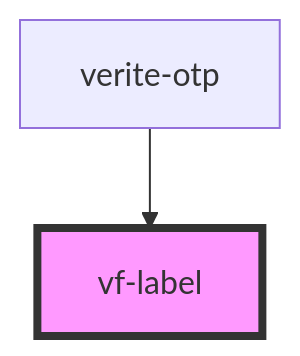
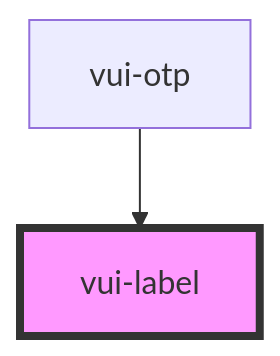
Before and after one commit to verite-team/verite-elements: the diagram in packages/stencil-library/src/components/label/readme.md, drawn with Mermaid. The commit also changed other lines of this file and 116 other files, not shown here.

````diff
--- a/packages/stencil-library/src/components/label/readme.md
+++ b/packages/stencil-library/src/components/label/readme.md
@@ -23,5 +21,5 @@
 ```mermaid
 graph TD;
-  verite-otp --> vf-label
-  style vf-label fill:#f9f,stroke:#333,stroke-width:4px
+  vui-otp --> vui-label
+  style vui-label fill:#f9f,stroke:#333,stroke-width:4px
 ```
````
